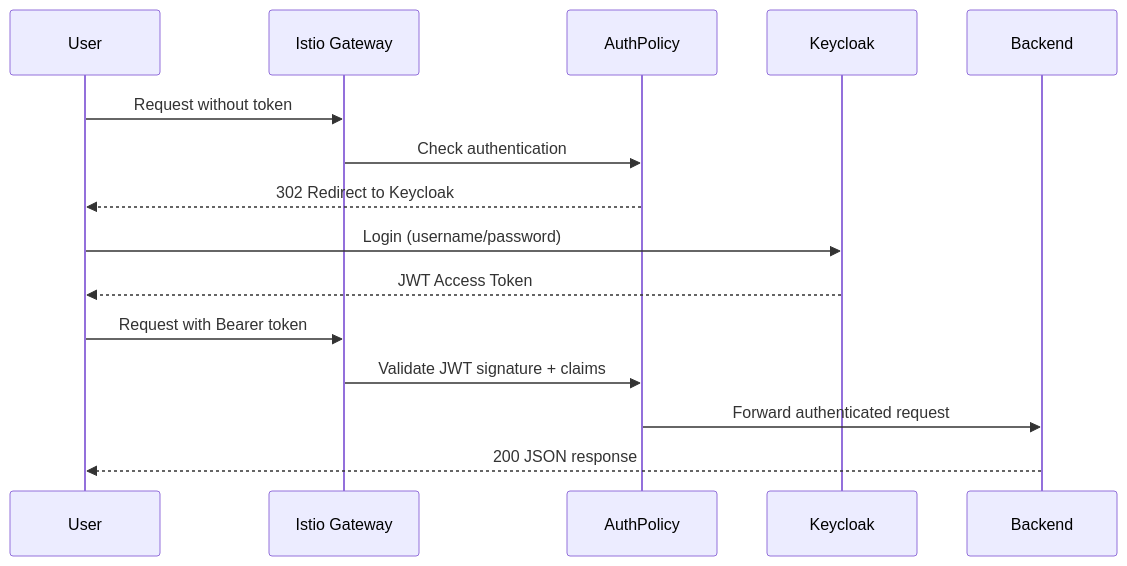
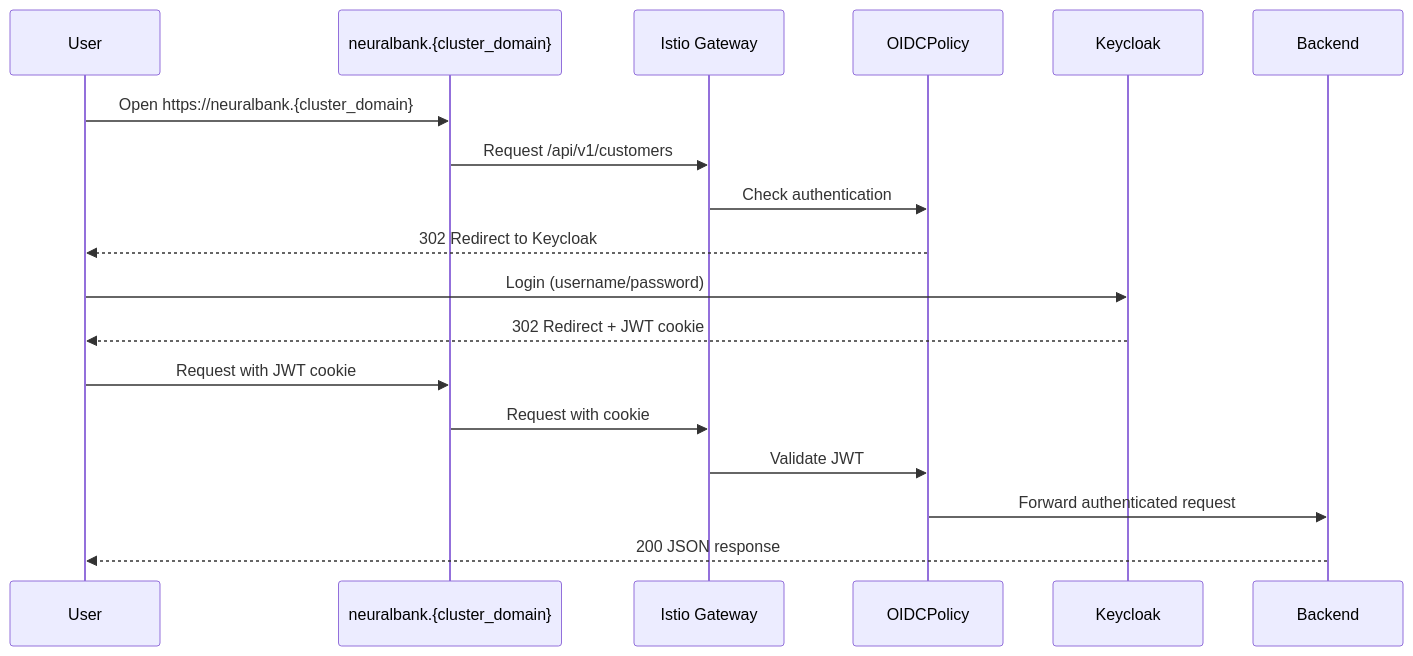
Before and after one commit to maximilianoPizarro/showroom-from-zero-to-hero: the diagram in content/modules/ROOT/pages/09-explore-connectivity-link-oidc.adoc, drawn with Mermaid. The commit also changed other lines of this file and 3 other files, not shown here.

```diff
--- a/content/modules/ROOT/pages/09-explore-connectivity-link-oidc.adoc
+++ b/content/modules/ROOT/pages/09-explore-connectivity-link-oidc.adoc
@@ -188,19 +99,22 @@
 [mermaid]
 ....
 sequenceDiagram
     participant User
+    participant Frontend as neuralbank.{cluster_domain}
     participant Gateway as Istio Gateway
-    participant Kuadrant as AuthPolicy
+    participant OIDC as OIDCPolicy
     participant Keycloak
     participant Backend
 
-    User->>Gateway: Request without token
-    Gateway->>Kuadrant: Check authentication
-    Kuadrant-->>User: 302 Redirect to Keycloak
+    User->>Frontend: Open https://neuralbank.{cluster_domain}
+    Frontend->>Gateway: Request /api/v1/customers
+    Gateway->>OIDC: Check authentication
+    OIDC-->>User: 302 Redirect to Keycloak
     User->>Keycloak: Login (username/password)
-    Keycloak-->>User: JWT Access Token
-    User->>Gateway: Request with Bearer token
-    Gateway->>Kuadrant: Validate JWT signature + claims
-    Kuadrant->>Backend: Forward authenticated request
+    Keycloak-->>User: 302 Redirect + JWT cookie
+    User->>Frontend: Request with JWT cookie
+    Frontend->>Gateway: Request with cookie
+    Gateway->>OIDC: Validate JWT
+    OIDC->>Backend: Forward authenticated request
     Backend-->>User: 200 JSON response
 ....
```
